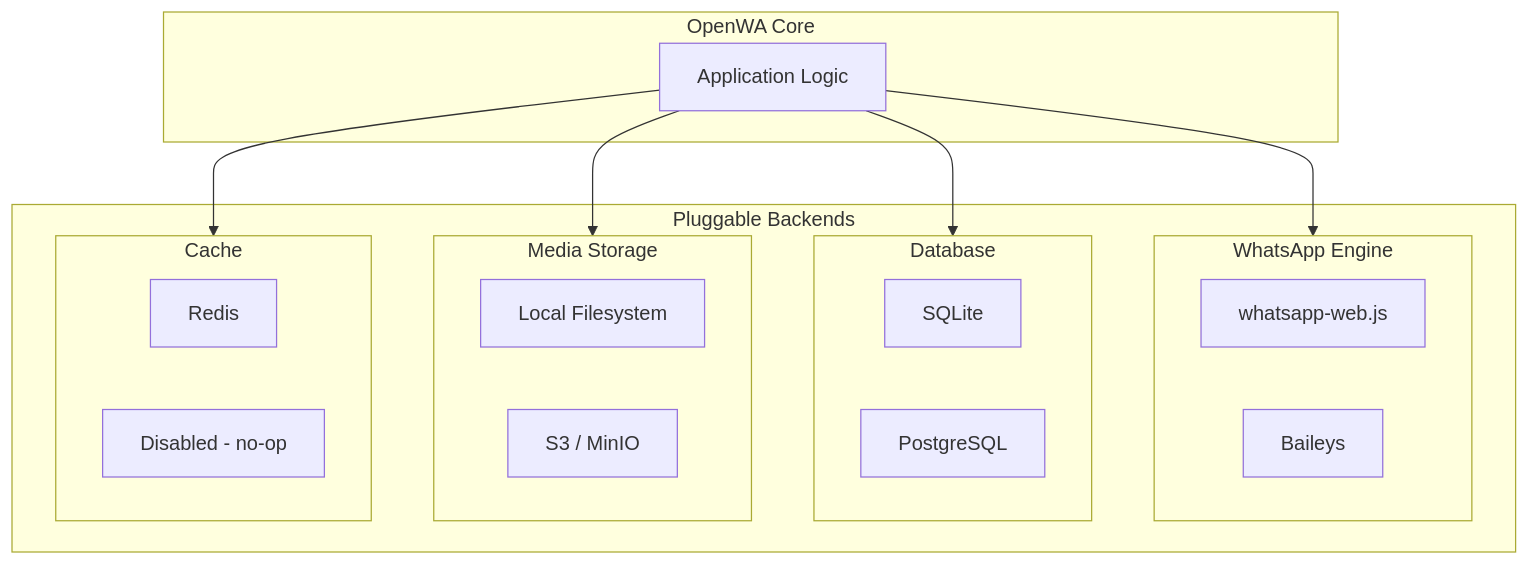
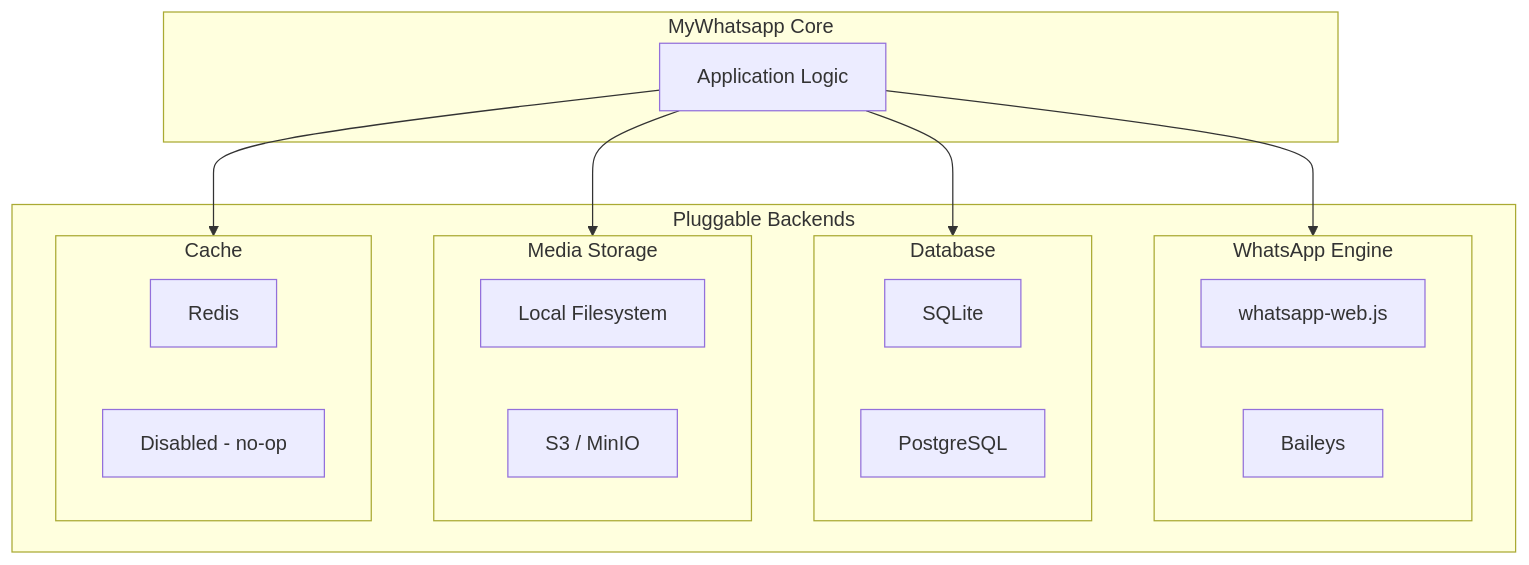
Diagram 23 of 24 in docs/03-system-architecture.md (Myenum2412/whatsapptool), drawn with Mermaid before and after one commit. The commit also changed other lines of this file and 874 other files, not shown here.

````diff
--- a/docs/03-system-architecture.md
+++ b/docs/03-system-architecture.md
@@ -1241,33 +1241,33 @@
 ```mermaid
 flowchart TB
-    subgraph Core["OpenWA Core"]
+    subgraph Core["MyWhatsapp Core"]
         APP[Application Logic]
     end
 
     subgraph Adapters["Pluggable Backends"]
         subgraph Engine["WhatsApp Engine"]
             E1[whatsapp-web.js]
             E2[Baileys]
         end
 
         subgraph Database["Database"]
             D1[SQLite]
             D2[PostgreSQL]
         end
 
         subgraph Storage["Media Storage"]
             S1[Local Filesystem]
             S2[S3 / MinIO]
         end
 
         subgraph Cache["Cache"]
             C1[Redis]
             C2[Disabled - no-op]
         end
     end
 
     APP --> Engine
     APP --> Database
     APP --> Storage
     APP --> Cache
 ```
````
